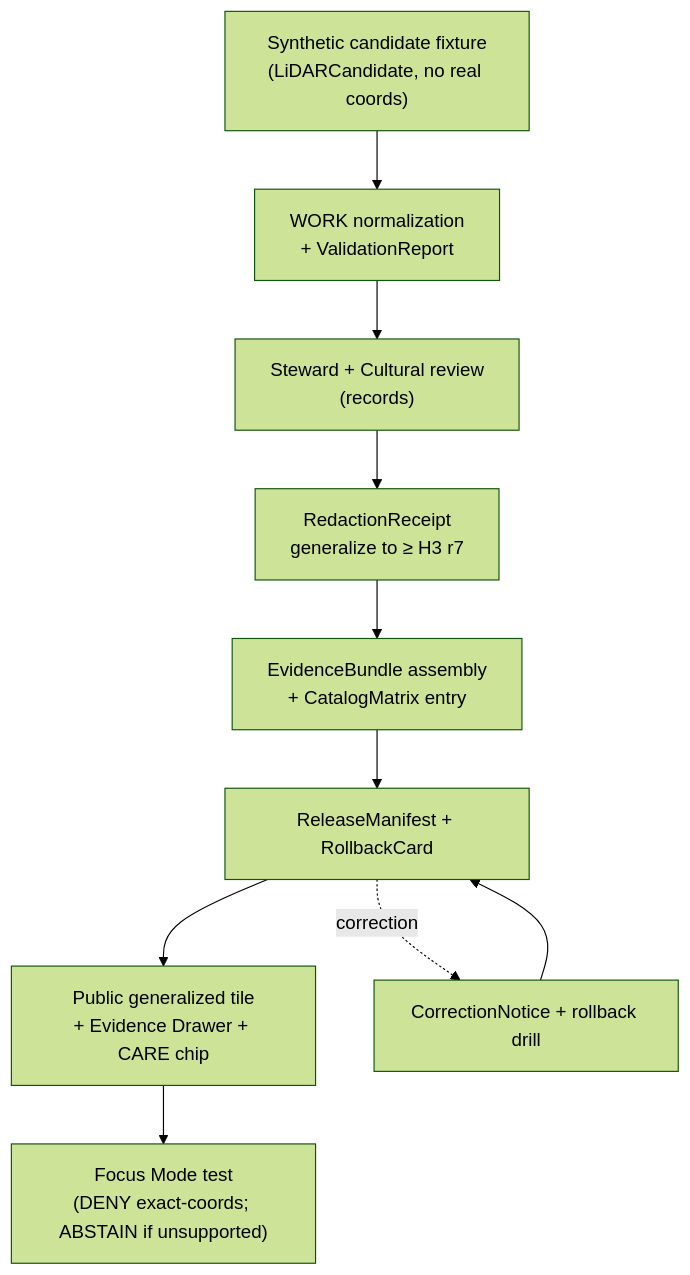
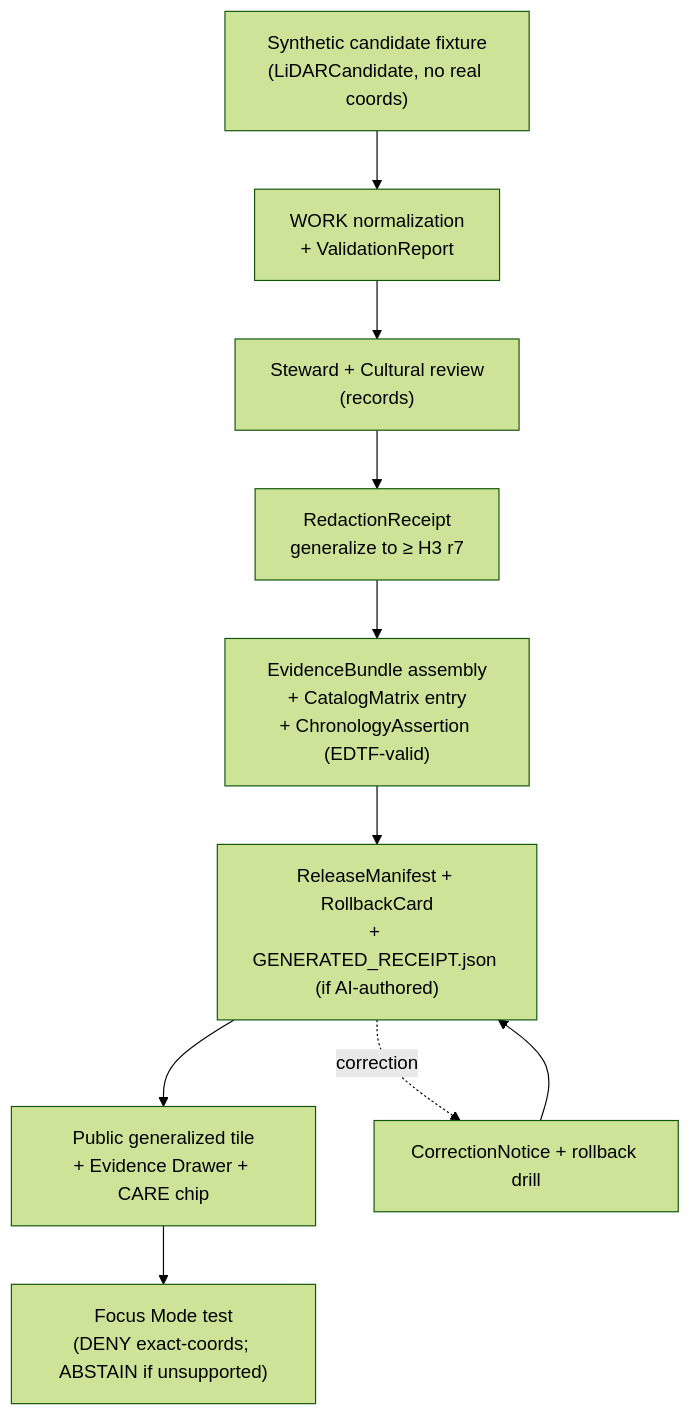
Before and after one commit to bartytime4life/Kansas-Frontier-Matrix: the fifth of 5 diagrams in docs/domains/archaeology/EXPANSION_PLAN.md, drawn with Mermaid (forest theme). The commit also changed other lines of this file, not shown here.

````diff
--- a/docs/domains/archaeology/EXPANSION_PLAN.md
+++ b/docs/domains/archaeology/EXPANSION_PLAN.md
@@ -427,13 +473,13 @@
 ```mermaid
 flowchart TB
   A["Synthetic candidate fixture<br/>(LiDARCandidate, no real coords)"] --> B["WORK normalization<br/>+ ValidationReport"]
   B --> C["Steward + Cultural review<br/>(records)"]
   C --> D["RedactionReceipt<br/>generalize to ≥ H3 r7"]
-  D --> E["EvidenceBundle assembly<br/>+ CatalogMatrix entry"]
-  E --> F["ReleaseManifest + RollbackCard"]
+  D --> E["EvidenceBundle assembly<br/>+ CatalogMatrix entry<br/>+ ChronologyAssertion (EDTF-valid)"]
+  E --> F["ReleaseManifest + RollbackCard<br/>+ GENERATED_RECEIPT.json (if AI-authored)"]
   F --> G["Public generalized tile<br/>+ Evidence Drawer + CARE chip"]
   G --> H["Focus Mode test<br/>(DENY exact-coords; ABSTAIN if unsupported)"]
 
   F -. correction .-> X["CorrectionNotice + rollback drill"]
   X --> F
 ```
````
